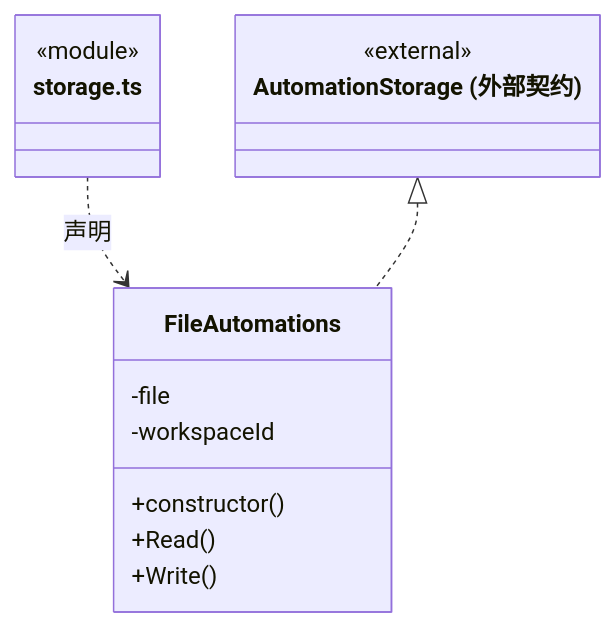
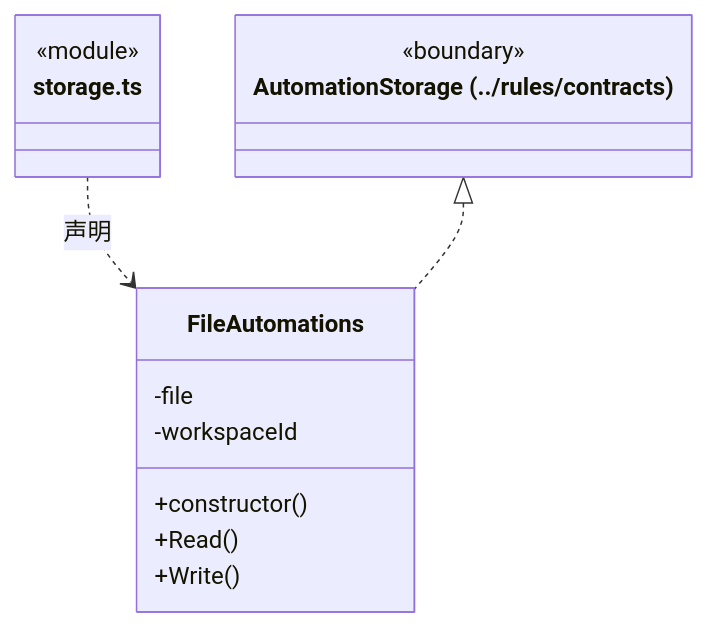
One commit to nan023062/cbim changed the second of 3 diagrams in src/logic/automation/service/ARCHITECTURE.md. Above: the diagram before and after it, drawn with Mermaid. The commit also changed other lines of this file and 112 other files, not shown here.

Commit message:
docs: align source architecture with current declarations and contracts

````diff
--- a/src/logic/automation/service/ARCHITECTURE.md
+++ b/src/logic/automation/service/ARCHITECTURE.md
@@ -73,18 +73,18 @@
 ```mermaid
 classDiagram
 class N_src_logic_automation_service_storage_ts["storage.ts"] {
   <<module>>
 }
 class N_src_logic_automation_service_storage_ts_FileAutomations["FileAutomations"] {
   +constructor()
   +Read()
   +Write()
   -file
   -workspaceId
 }
 N_src_logic_automation_service_storage_ts ..> N_src_logic_automation_service_storage_ts_FileAutomations : 声明
-class N_src_logic_automation_service_storage_ts_external_AutomationStorage["AutomationStorage (外部契约)"] {
-  <<external>>
+class N_src_logic_automation_service_storage_ts_external_AutomationStorage["AutomationStorage (../rules/contracts)"] {
+  <<boundary>>
 }
 N_src_logic_automation_service_storage_ts_external_AutomationStorage <|.. N_src_logic_automation_service_storage_ts_FileAutomations
 ```
````
